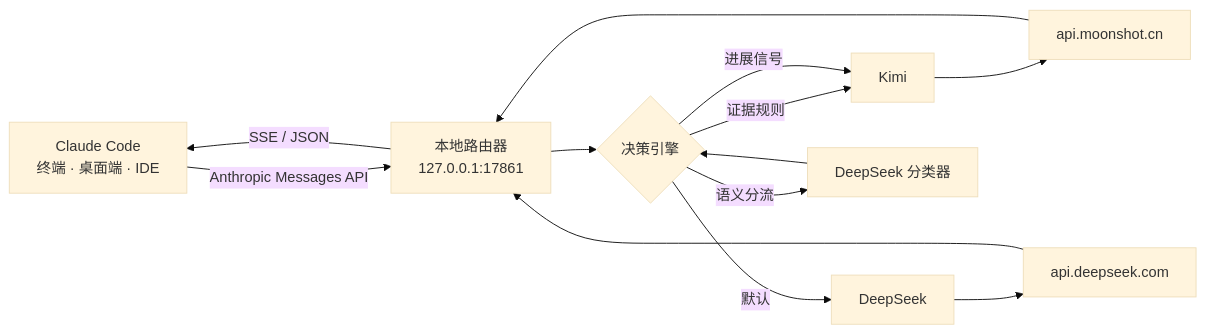
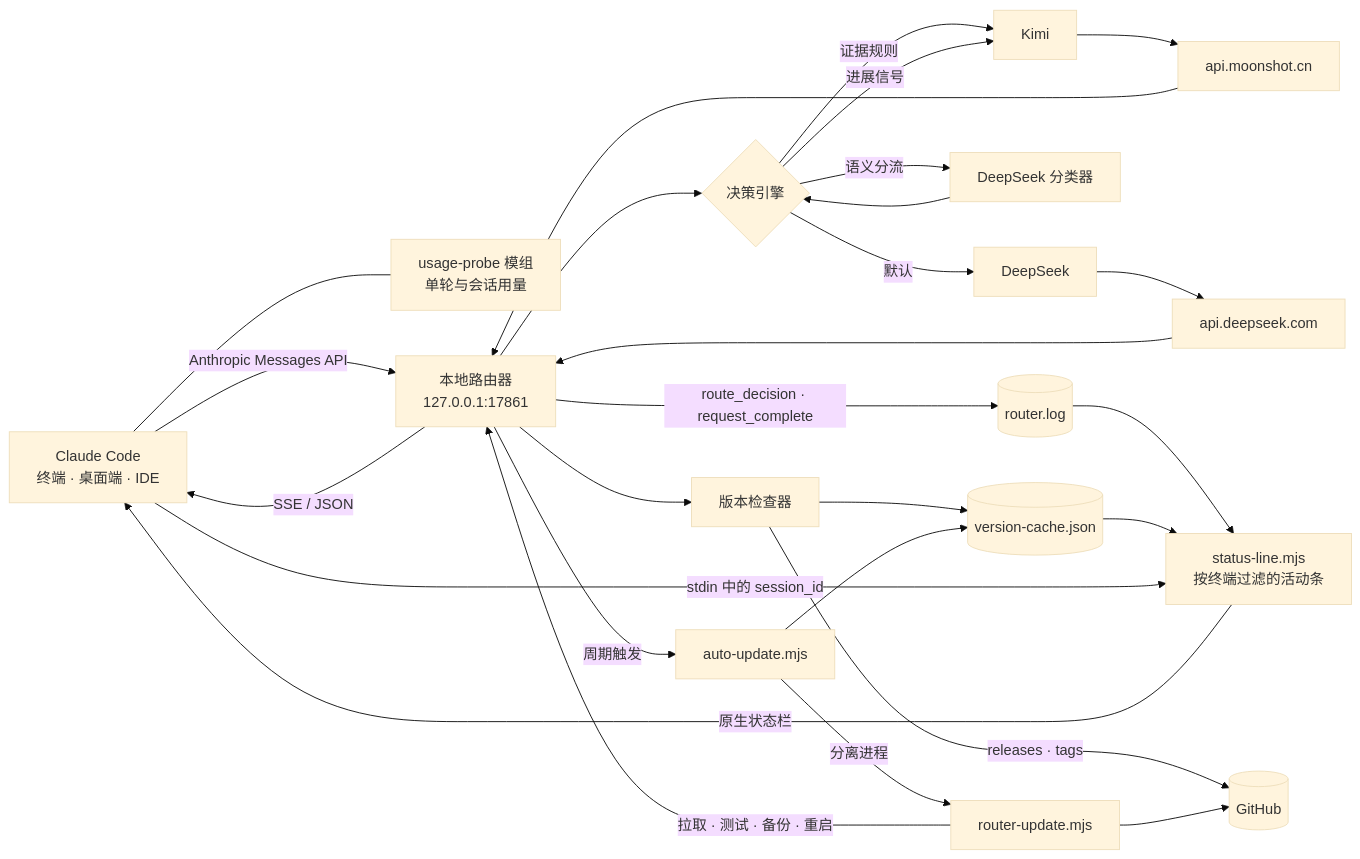
Before and after one commit to dragonxia-ctrl/claude-model-router: the diagram in README.zh-CN.md, drawn with Mermaid (base theme). The commit also changed other lines of this file and 16 other files, not shown here.

First line of the commit message:
v1.6.1: fix false Kimi overrides, probe 400s, and status line stability (#11)

````diff
--- a/README.zh-CN.md
+++ b/README.zh-CN.md
@@ -62,15 +63,46 @@
 ```mermaid
 flowchart LR
-    A[Claude Code<br/>终端 · 桌面端 · IDE] -->|Anthropic Messages API| B[本地路由器<br/>127.0.0.1:17861]
-    B --> C{决策引擎}
-    C -->|证据规则| D[Kimi]
-    C -->|默认| E[DeepSeek]
-    C -->|进展信号| D
-    C -->|语义分流| F[DeepSeek 分类器]
-    F --> C
-    D --> G[api.moonshot.cn]
-    E --> H[api.deepseek.com]
-    G --> B
-    H --> B
-    B -->|SSE / JSON| A
+    CC[Claude Code<br/>终端 · 桌面端 · IDE]
+    MOD[usage-probe 模组<br/>单轮与会话用量]
+    R[本地路由器<br/>127.0.0.1:17861]
+    DE{决策引擎}
+    K[Kimi]
+    DS[DeepSeek]
+    CL[DeepSeek 分类器]
+    MOON[api.moonshot.cn]
+    DEEP[api.deepseek.com]
+    LOG[(router.log)]
+    VC[(version-cache.json)]
+    SL[status-line.mjs<br/>按终端过滤的活动条]
+    VCHK[版本检查器]
+    AU[auto-update.mjs]
+    UP[router-update.mjs]
+    GH[(GitHub)]
+
+    CC -->|Anthropic Messages API| R
+    CC --- MOD
+    R --> DE
+    DE -->|证据规则| K
+    DE -->|默认| DS
+    DE -->|进展信号| K
+    DE -->|语义分流| CL
+    CL --> DE
+    K --> MOON
+    DS --> DEEP
+    MOON --> R
+    DEEP --> R
+    R -->|SSE / JSON| CC
+    R -->|route_decision · request_complete| LOG
+    LOG --> SL
+    VC --> SL
+    CC -->|stdin 中的 session_id| SL
+    SL -->|原生状态栏| CC
+    R --> VCHK
+    VCHK -->|releases · tags| GH
+    VCHK --> VC
+    R -->|周期触发| AU
+    AU -->|分离进程| UP
+    UP -->|拉取 · 测试 · 备份 · 重启| R
+    UP --> GH
+    AU --> VC
 ```
````
